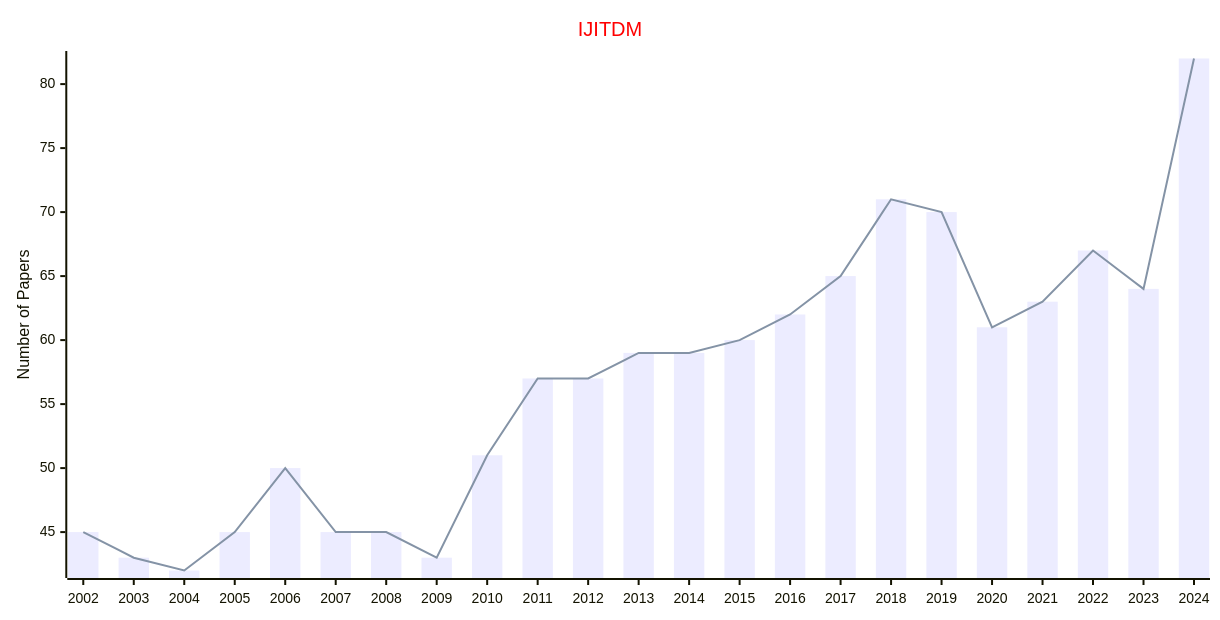
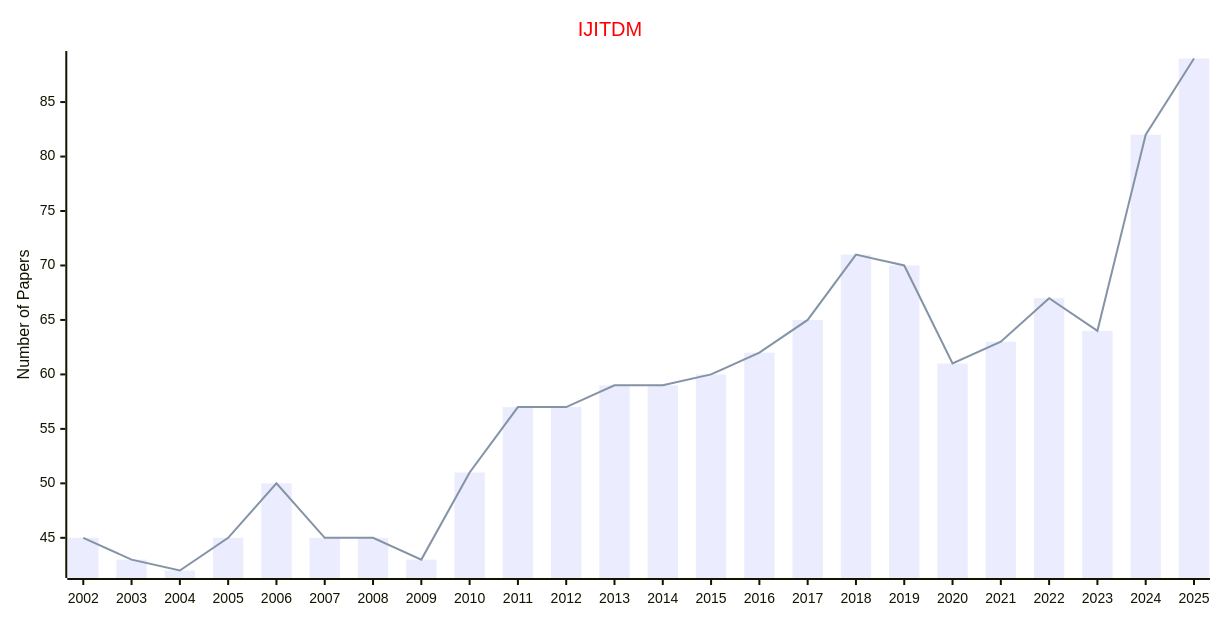
Before and after one commit to Easy-PhD/AILinks: the second of 2 diagrams in docs/data/Journals/Statistics_Journals/Information_Technology.md, drawn with Mermaid. The commit also changed other lines of this file and 93 other files, not shown here.

````diff
--- a/docs/data/Journals/Statistics_Journals/Information_Technology.md
+++ b/docs/data/Journals/Statistics_Journals/Information_Technology.md
@@ -33,17 +33,17 @@
 ```mermaid
 ---
 config:
     xyChart:
         width: 1200
         height: 600
     themeVariables:
         xyChart:
             titleColor: "#ff0000"
 ---
 xychart-beta
     title "IJITDM"
-    x-axis [2002, 2003, 2004, 2005, 2006, 2007, 2008, 2009, 2010, 2011, 2012, 2013, 2014, 2015, 2016, 2017, 2018, 2019, 2020, 2021, 2022, 2023, 2024]
+    x-axis [2002, 2003, 2004, 2005, 2006, 2007, 2008, 2009, 2010, 2011, 2012, 2013, 2014, 2015, 2016, 2017, 2018, 2019, 2020, 2021, 2022, 2023, 2024, 2025]
     y-axis "Number of Papers"
-    bar [45, 43, 42, 45, 50, 45, 45, 43, 51, 57, 57, 59, 59, 60, 62, 65, 71, 70, 61, 63, 67, 64, 82]
-    line [45, 43, 42, 45, 50, 45, 45, 43, 51, 57, 57, 59, 59, 60, 62, 65, 71, 70, 61, 63, 67, 64, 82]
+    bar [45, 43, 42, 45, 50, 45, 45, 43, 51, 57, 57, 59, 59, 60, 62, 65, 71, 70, 61, 63, 67, 64, 82, 89]
+    line [45, 43, 42, 45, 50, 45, 45, 43, 51, 57, 57, 59, 59, 60, 62, 65, 71, 70, 61, 63, 67, 64, 82, 89]
 ```
````
